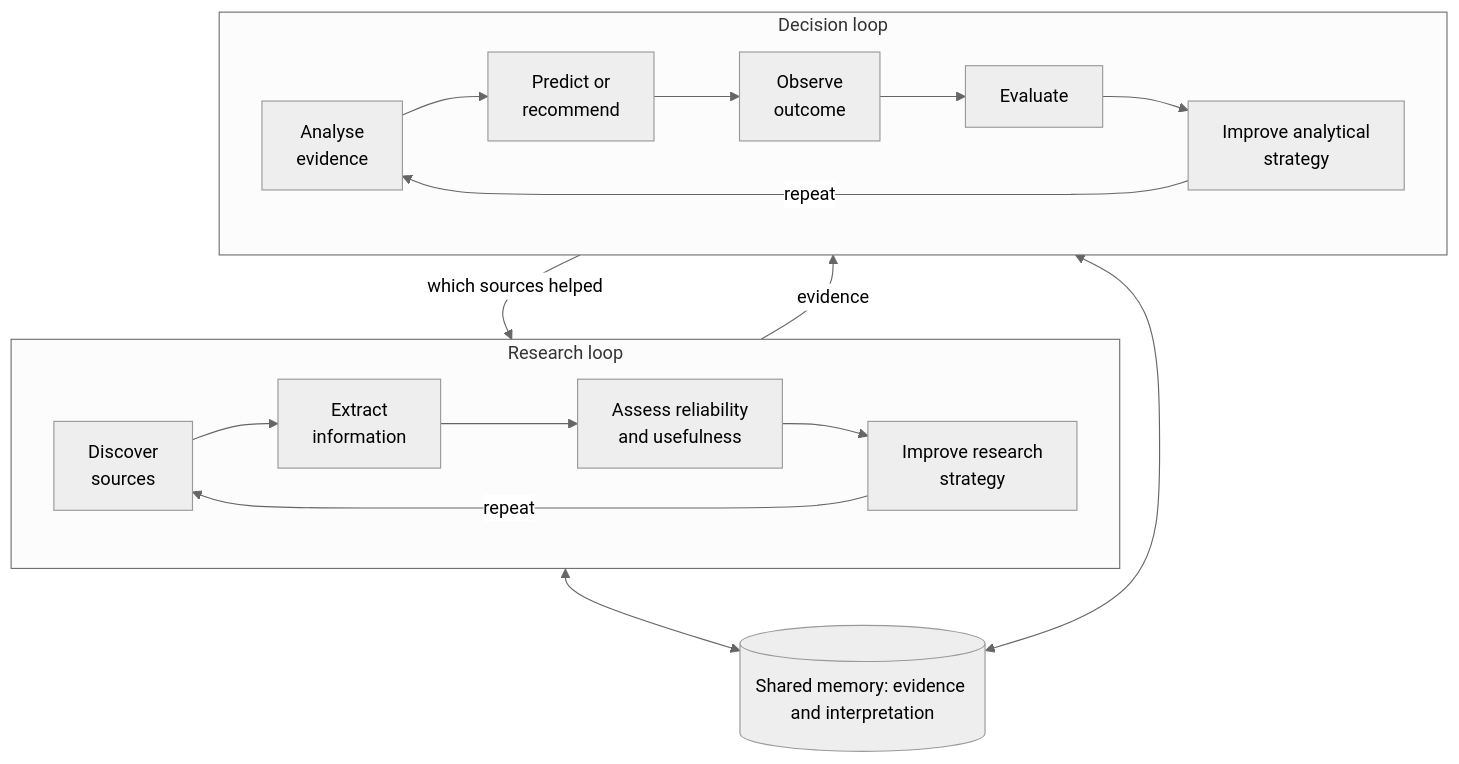
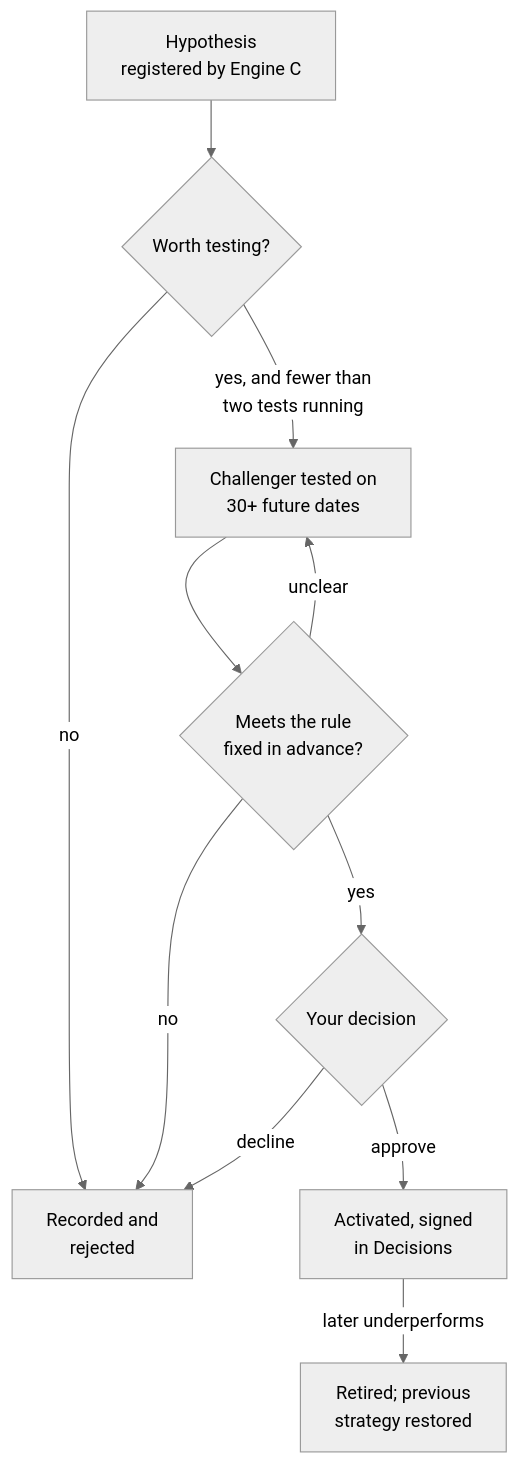
The second of 2 diagrams in blog/intelligence-that-compounds-1-building-it.md (Lamiv/Lamiv.github.io), drawn with Mermaid (neutral theme) before and after one commit. The commit also changed other lines of this file and 4 other files, not shown here.

````diff
--- a/blog/intelligence-that-compounds-1-building-it.md
+++ b/blog/intelligence-that-compounds-1-building-it.md
@@ -223,23 +247,13 @@
 ```mermaid
-flowchart TB
-    subgraph RL["Research loop"]
-        direction LR
-        D["Discover<br/>sources"] --> X["Extract<br/>information"]
-        X --> Q["Assess reliability<br/>and usefulness"]
-        Q --> S["Improve research<br/>strategy"]
-        S -->|"repeat"| D
-    end
-    M[("Shared memory: evidence and interpretation")]
-    subgraph DL["Decision loop"]
-        direction LR
-        N["Analyse<br/>evidence"] --> F["Predict or<br/>recommend"]
-        F --> U["Observe<br/>outcome"]
-        U --> V["Evaluate"]
-        V --> Y["Improve analytical<br/>strategy"]
-        Y -->|"repeat"| N
-    end
-    RL <--> M
-    M <--> DL
-    X -->|"evidence"| N
-    V -->|"which sources helped"| Q
+flowchart TD
+    P["Hypothesis<br/>registered by Engine C"] --> X{"Worth testing?"}
+    X -->|"no"| R["Recorded and<br/>rejected"]
+    X -->|"yes, and fewer than<br/>two tests running"| T["Challenger tested on<br/>30+ future dates"]
+    T --> E{"Meets the rule<br/>fixed in advance?"}
+    E -->|"no"| R
+    E -->|"unclear"| T
+    E -->|"yes"| H{"Your decision"}
+    H -->|"approve"| A["Activated, signed<br/>in Decisions"]
+    H -->|"decline"| R
+    A -->|"later underperforms"| B["Retired; previous<br/>strategy restored"]
 ```
````
